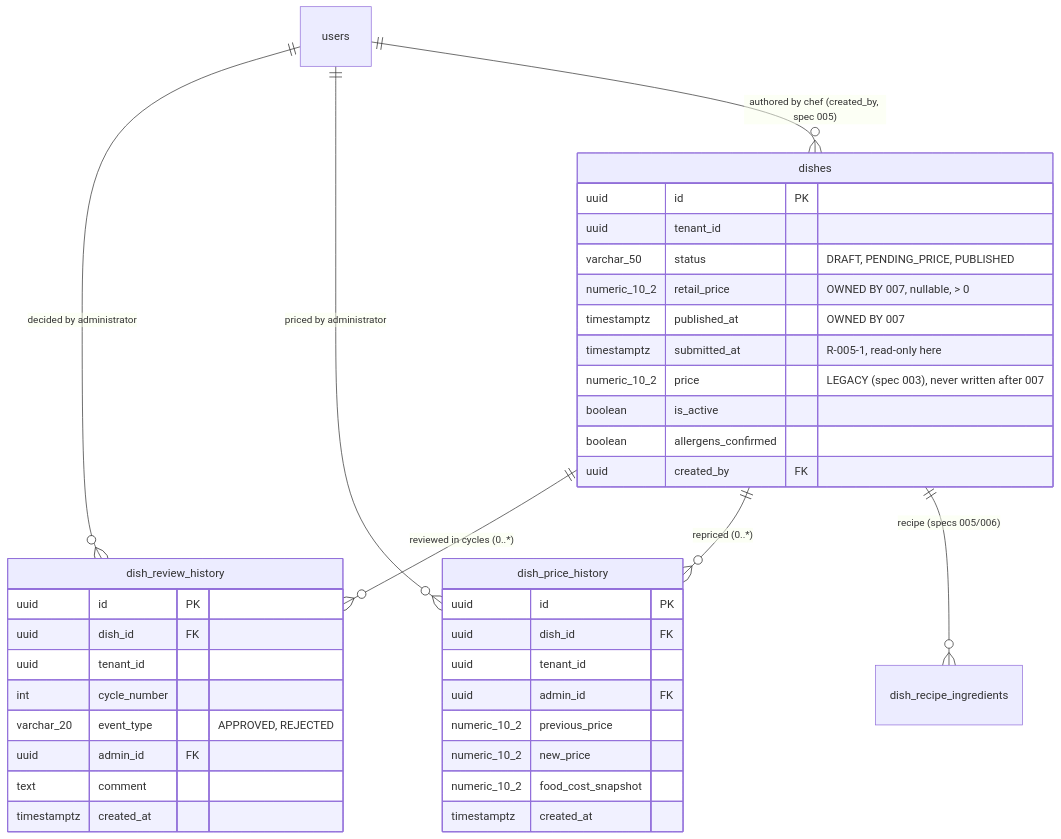
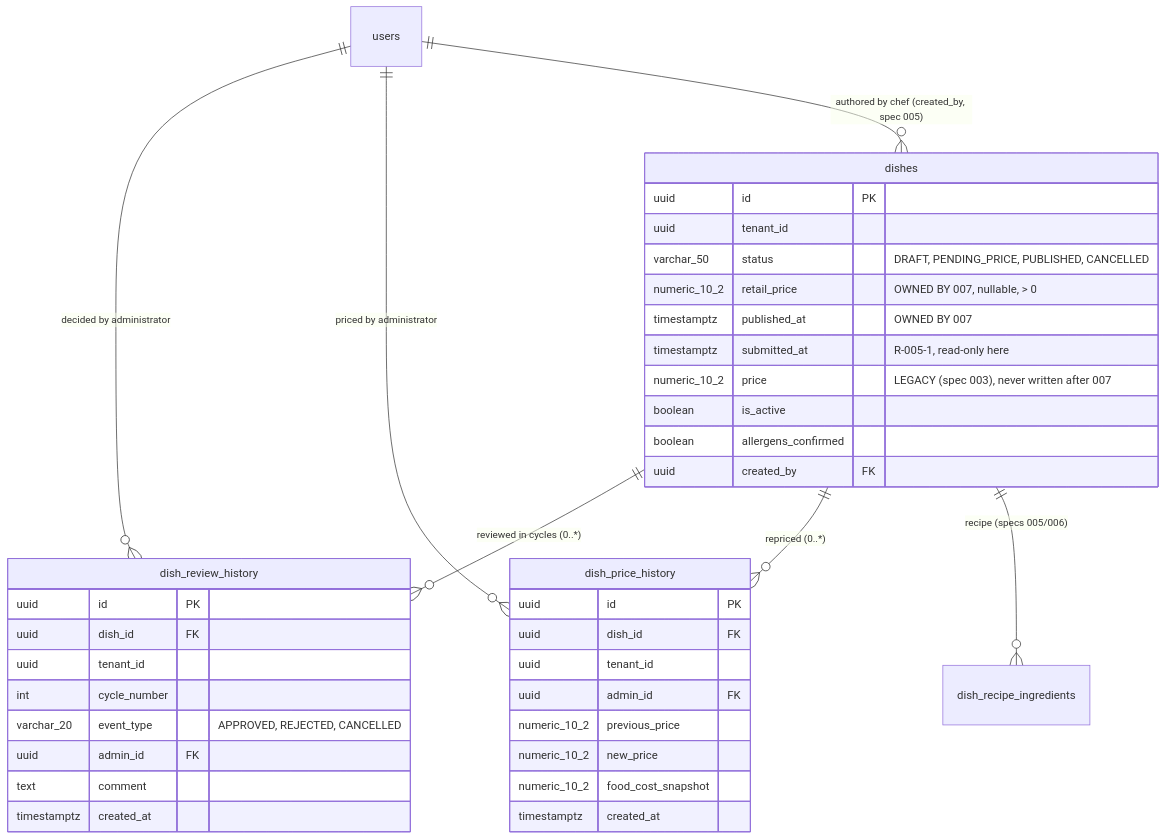
One commit to ValentinoCarmonaS/G12---GDSI changed the first of 2 diagrams in specs/007-admin-dish-approval-pricing/data-model.md. Above: the diagram before and after it, drawn with Mermaid. The commit also changed other lines of this file and 37 other files, not shown here.

````diff
--- a/specs/007-admin-dish-approval-pricing/data-model.md
+++ b/specs/007-admin-dish-approval-pricing/data-model.md
@@ -75,42 +75,42 @@
 ```mermaid
 erDiagram
     dishes ||--o{ dish_review_history : "reviewed in cycles (0..*)"
     dishes ||--o{ dish_price_history  : "repriced (0..*)"
     users  ||--o{ dish_review_history : "decided by administrator"
     users  ||--o{ dish_price_history  : "priced by administrator"
     users  ||--o{ dishes              : "authored by chef (created_by, spec 005)"
     dishes ||--o{ dish_recipe_ingredients : "recipe (specs 005/006)"
 
     dishes {
         uuid id PK
         uuid tenant_id
-        varchar_50 status "DRAFT, PENDING_PRICE, PUBLISHED"
+        varchar_50 status "DRAFT, PENDING_PRICE, PUBLISHED, CANCELLED"
         numeric_10_2 retail_price "OWNED BY 007, nullable, > 0"
         timestamptz published_at "OWNED BY 007"
         timestamptz submitted_at "R-005-1, read-only here"
         numeric_10_2 price "LEGACY (spec 003), never written after 007"
         boolean is_active
         boolean allergens_confirmed
         uuid created_by FK
     }
     dish_review_history {
         uuid id PK
         uuid dish_id FK
         uuid tenant_id
         int cycle_number
-        varchar_20 event_type "APPROVED, REJECTED"
+        varchar_20 event_type "APPROVED, REJECTED, CANCELLED"
         uuid admin_id FK
         text comment
         timestamptz created_at
     }
     dish_price_history {
         uuid id PK
         uuid dish_id FK
         uuid tenant_id
         uuid admin_id FK
         numeric_10_2 previous_price
         numeric_10_2 new_price
         numeric_10_2 food_cost_snapshot
         timestamptz created_at
     }
 ```
````
